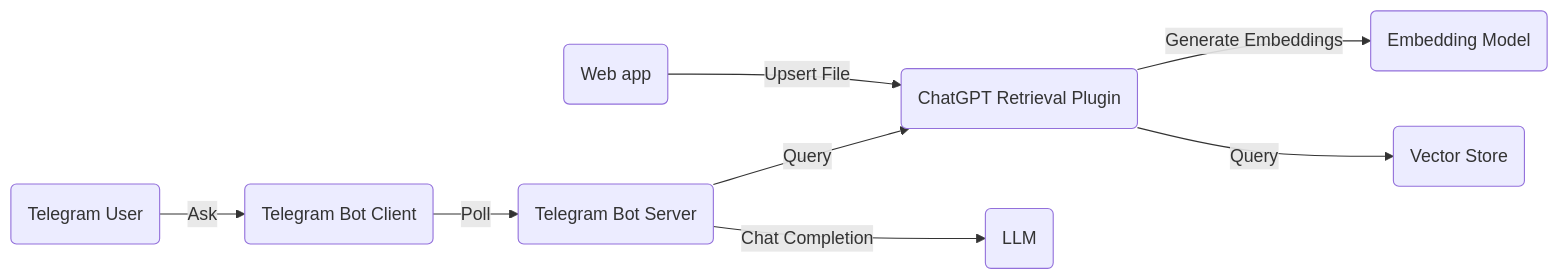
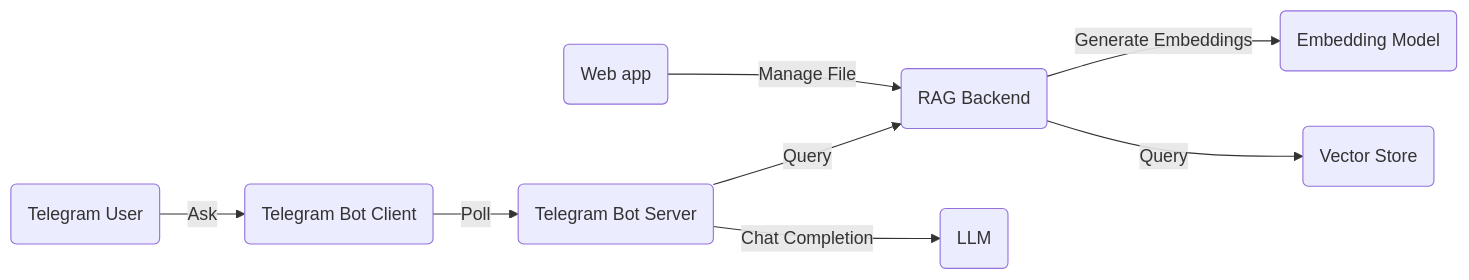
Before and after one commit to doanhaivu/chatgpt_telegram_bot: the diagram in architecture.md, drawn with Mermaid.

````diff
--- a/architecture.md
+++ b/architecture.md
@@ -1,11 +1,11 @@
 ```mermaid
 
 flowchart LR
     J(Telegram User) --> |Ask| A(Telegram Bot Client)
     A -->|Poll| B(Telegram Bot Server)
-    B -->|Query| C(ChatGPT Retrieval Plugin)
+    B -->|Query| C(RAG Backend)
     C -->|Generate Embeddings| D(Embedding Model)
     B -->|Chat Completion| E(LLM)
     C -->|Query| F(Vector Store)
-    G(Web app) -->|Upsert File| C
+    G(Web app) -->|Manage File| C
 ```
````
